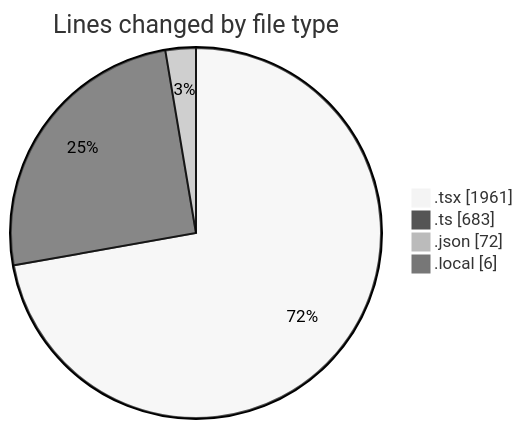
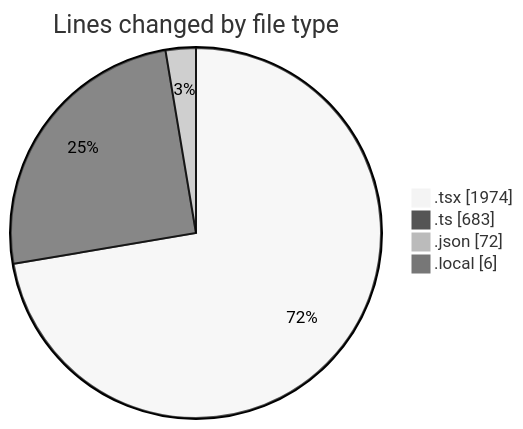
Before and after one commit to julien-gomy/code-tracking: the first of 2 diagrams in 2025-10-21/eventscop-frontend-guide__workspace_/README.md, drawn with Mermaid (neutral theme). The commit also changed other lines of this file and 1 other file, not shown here.

````diff
--- a/2025-10-21/eventscop-frontend-guide__workspace_/README.md
+++ b/2025-10-21/eventscop-frontend-guide__workspace_/README.md
@@ -52,8 +52,8 @@
 ```mermaid
 pie showData
 title Lines changed by file type
-".tsx" : 1961
+".tsx" : 1974
 ".ts" : 683
 ".json" : 72
 ".local" : 6
 ```
````
